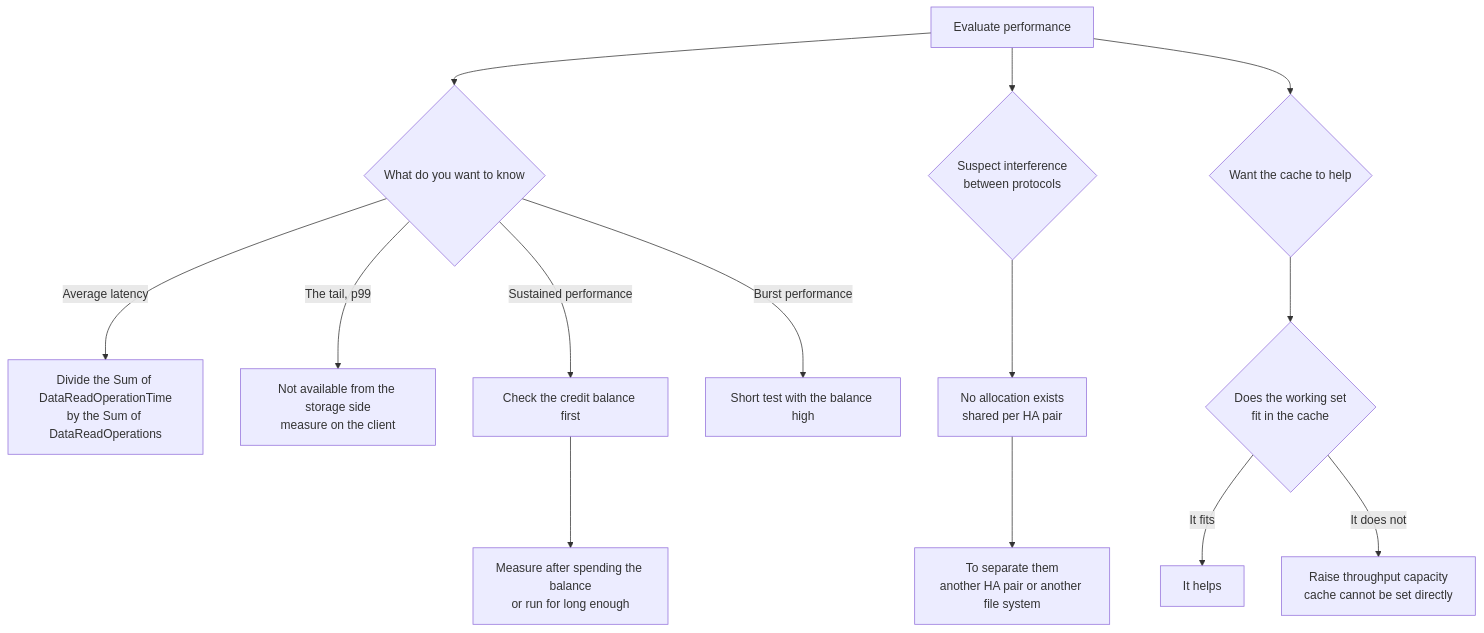
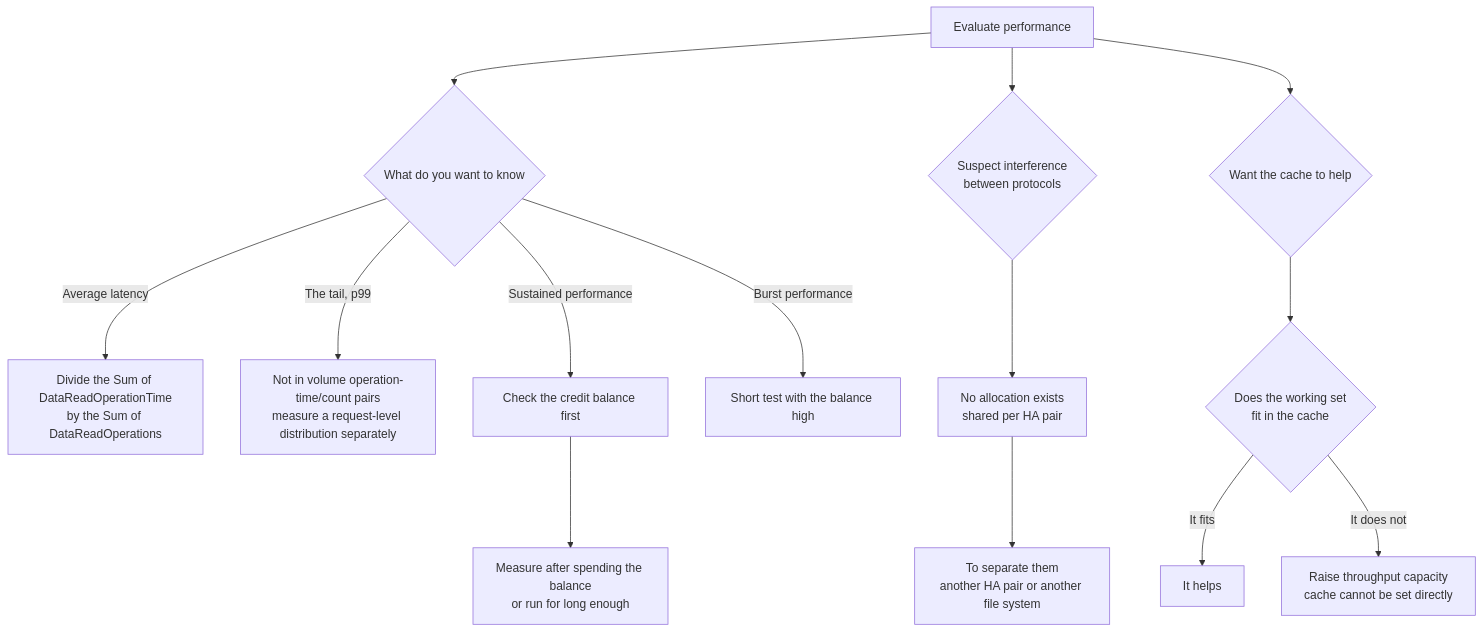
The diagram in docs/en/domains/performance/notes/what-you-cannot-read-from-cloudwatch.md (Yoshiki0705/FSx-for-ONTAP-Adoption-Playbook), drawn with Mermaid before and after one commit. The commit also changed other lines of this file and 257 other files, not shown here.

````diff
--- a/docs/en/domains/performance/notes/what-you-cannot-read-from-cloudwatch.md
+++ b/docs/en/domains/performance/notes/what-you-cannot-read-from-cloudwatch.md
@@ -185,20 +203,20 @@
 ```mermaid
 graph TD
     A[Evaluate performance] --> Q{What do you want to know}
 
     Q -->|Average latency| AVG["Divide the Sum of DataReadOperationTime<br/>by the Sum of DataReadOperations"]
-    Q -->|The tail, p99| TAIL["Not available from the storage side<br/>measure on the client"]
+    Q -->|The tail, p99| TAIL["Not in volume operation-time/count pairs<br/>measure a request-level distribution separately"]
     Q -->|Sustained performance| SUS[Check the credit balance first]
     Q -->|Burst performance| BURST[Short test with the balance high]
 
     SUS --> DEPLETE["Measure after spending the balance<br/>or run for long enough"]
 
     A --> SHARE{Suspect interference<br/>between protocols}
     SHARE --> NOALLOC["No allocation exists<br/>shared per HA pair"]
     NOALLOC --> SEP["To separate them<br/>another HA pair or another file system"]
 
     A --> CACHE{Want the cache to help}
     CACHE --> WS{Does the working set<br/>fit in the cache}
     WS -->|It fits| OK[It helps]
     WS -->|It does not| UP["Raise throughput capacity<br/>cache cannot be set directly"]
 ```
````
